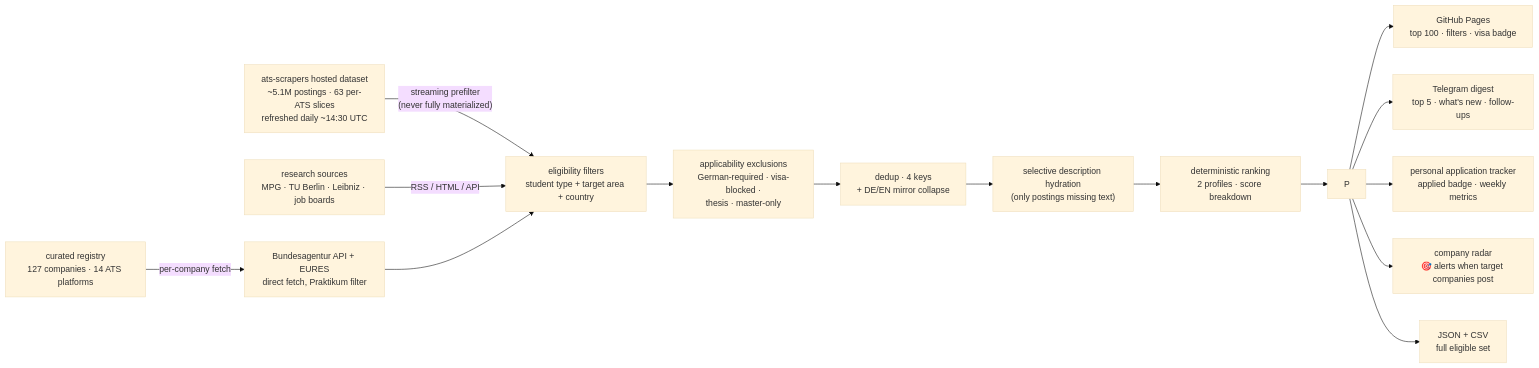
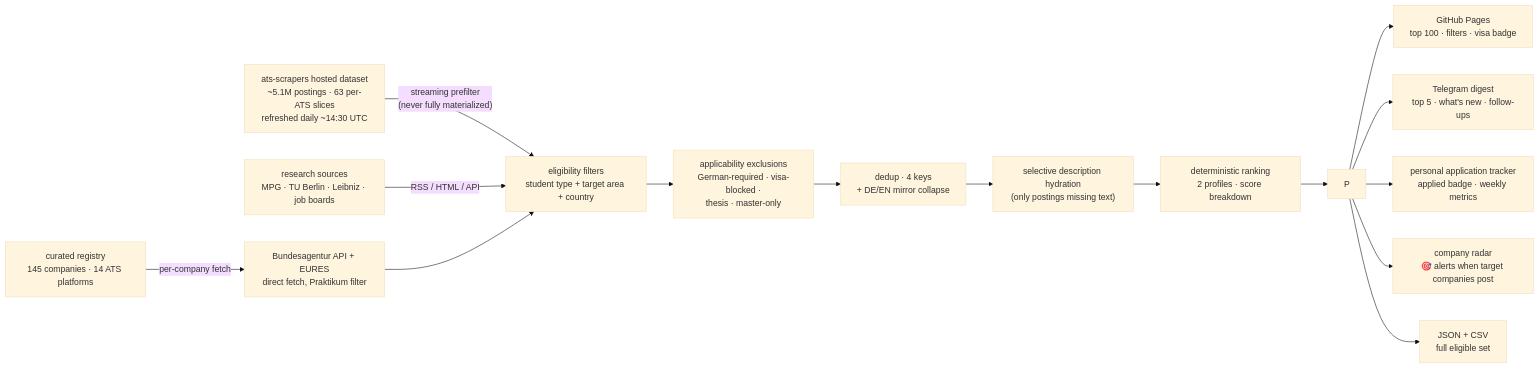
The diagram in README.md (rios-vini/internship-finder), drawn with Mermaid (base theme) before and after one commit. The commit also changed other lines of this file and 14 other files, not shown here.

````diff
--- a/README.md
+++ b/README.md
@@ -58,17 +58,17 @@
 ```mermaid
 flowchart LR
     DS["ats-scrapers hosted dataset<br/>~5.1M postings · 63 per-ATS slices<br/>refreshed daily ~14:30 UTC"] -->|"streaming prefilter<br/>(never fully materialized)"| F
-    RG["curated registry<br/>127 companies · 14 ATS platforms"] -->|"per-company fetch"| BA["Bundesagentur API + EURES<br/>direct fetch, Praktikum filter"]
+    RG["curated registry<br/>145 companies · 14 ATS platforms"] -->|"per-company fetch"| BA["Bundesagentur API + EURES<br/>direct fetch, Praktikum filter"]
     RS["research sources<br/>MPG · TU Berlin · Leibniz · job boards"] -->|"RSS / HTML / API"| F
     BA --> F
     F["eligibility filters<br/>student type + target area + country"] --> A
     A["applicability exclusions<br/>German-required · visa-blocked ·<br/>thesis · master-only"] --> D
     D["dedup · 4 keys<br/>+ DE/EN mirror collapse"] --> H
     H["selective description hydration<br/>(only postings missing text)"] --> R
     R["deterministic ranking<br/>2 profiles · score breakdown"] --> P
     P --> GH["GitHub Pages<br/>top 100 · filters · visa badge"]
     P --> TG["Telegram digest<br/>top 5 · what's new · follow-ups"]
     P --> TR["personal application tracker<br/>applied badge · weekly metrics"]
     P --> CO["company radar<br/>🎯 alerts when target companies post"]
     P --> JS["JSON + CSV<br/>full eligible set"]
 ```
````
